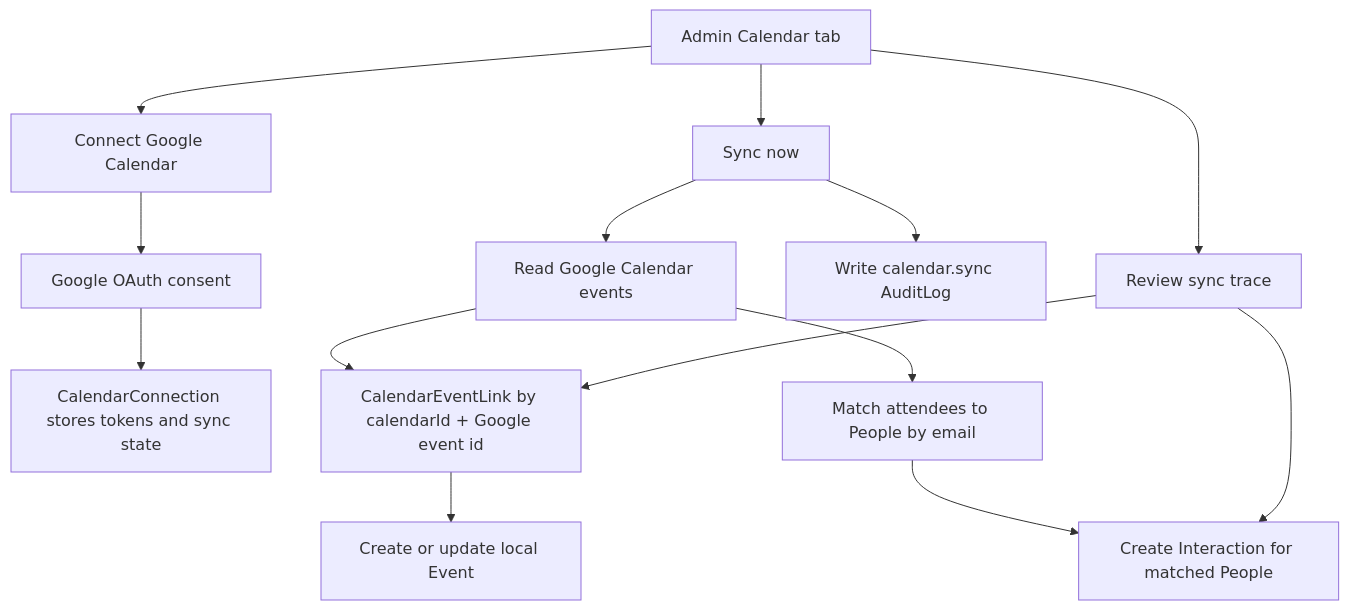
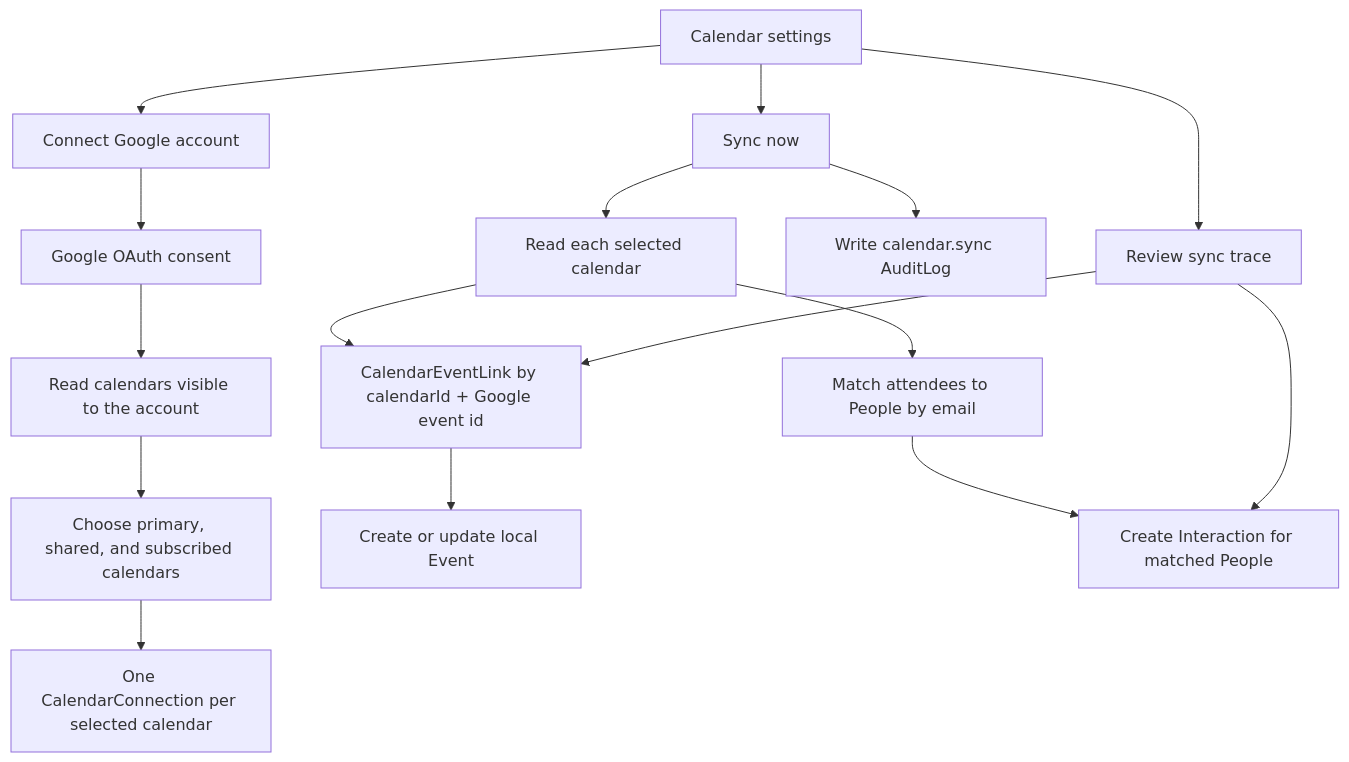
Before and after one commit to josephdfryer/life-os: the sixth of 20 diagrams in docs/PERSONS_ARCHITECTURE.md, drawn with Mermaid. The commit also changed other lines of this file and 77 other files, not shown here.

First line of the commit message:
feat(access): workspace-scoped access control, multi-calendar Google import, encrypted token storage

````diff
--- a/docs/PERSONS_ARCHITECTURE.md
+++ b/docs/PERSONS_ARCHITECTURE.md
@@ -214,16 +214,18 @@
 ```mermaid
 flowchart TD
-  Admin["Admin Calendar tab"] --> Connect["Connect Google Calendar"]
+  Admin["Calendar settings"] --> Connect["Connect Google account"]
   Connect --> OAuth["Google OAuth consent"]
-  OAuth --> Connection["CalendarConnection stores tokens and sync state"]
+  OAuth --> Discover["Read calendars visible to the account"]
+  Discover --> Select["Choose primary, shared, and subscribed calendars"]
+  Select --> Connection["One CalendarConnection per selected calendar"]
   Admin --> Sync["Sync now"]
-  Sync --> GoogleEvents["Read Google Calendar events"]
+  Sync --> GoogleEvents["Read each selected calendar"]
   GoogleEvents --> Link["CalendarEventLink by calendarId + Google event id"]
   Link --> Event["Create or update local Event"]
   GoogleEvents --> Match["Match attendees to People by email"]
   Match --> Interaction["Create Interaction for matched People"]
   Sync --> Audit["Write calendar.sync AuditLog"]
   Admin --> Trace["Review sync trace"]
   Trace --> Link
   Trace --> Interaction
 ```
````
